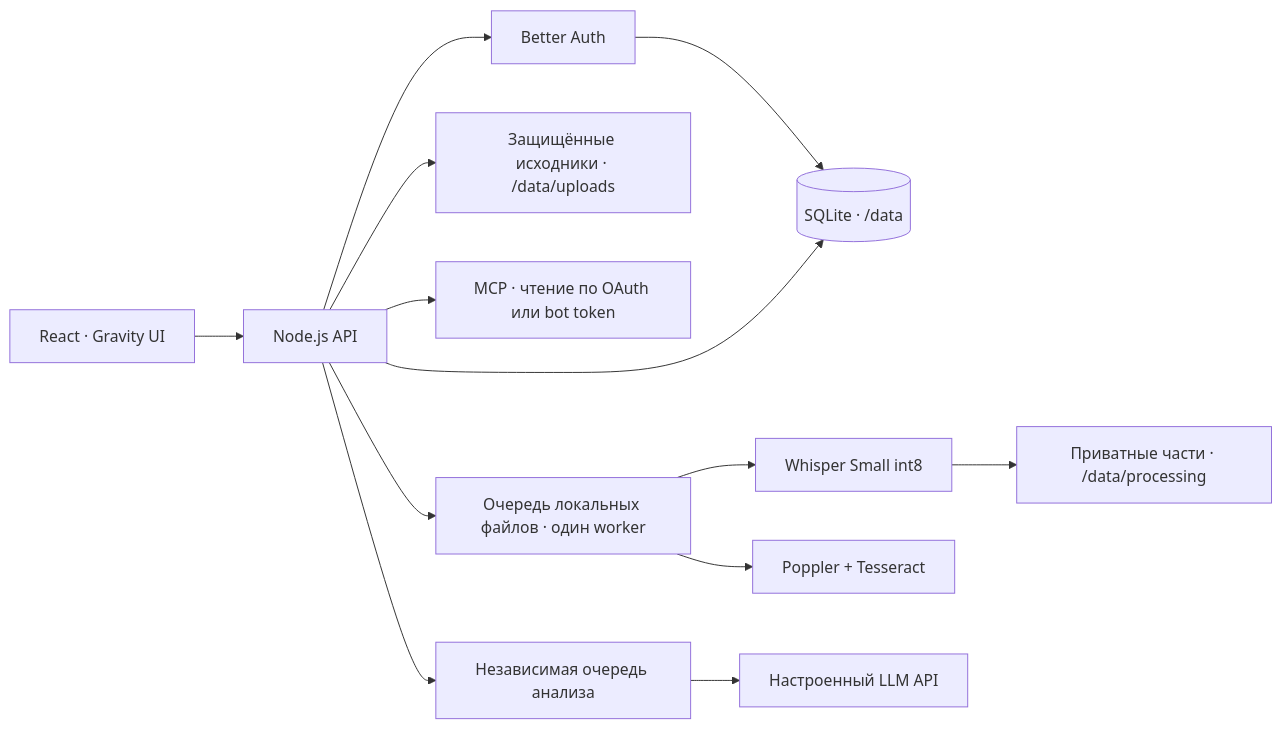
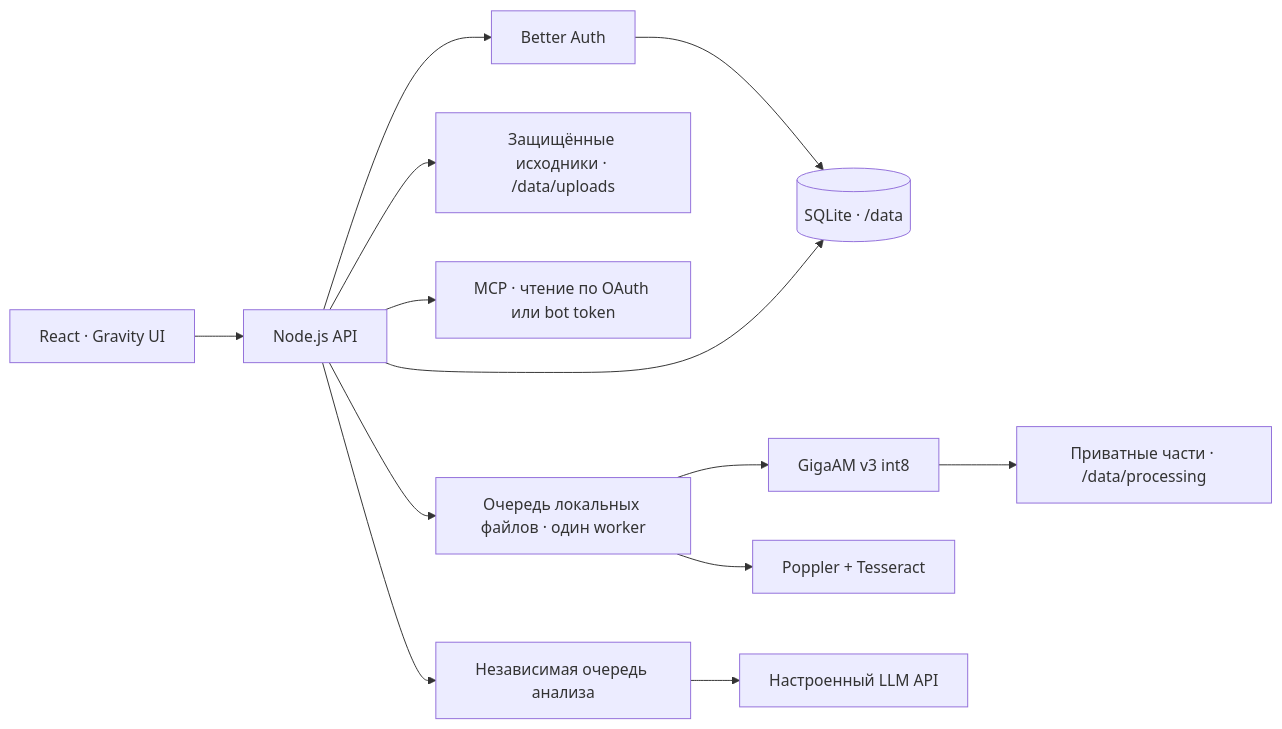
The diagram in docs/ARCHITECTURE.md (Ambidexterius/mnema), drawn with Mermaid before and after one commit. The commit also changed 20 other files, not shown here.

````diff
--- a/docs/ARCHITECTURE.md
+++ b/docs/ARCHITECTURE.md
@@ -3,15 +3,15 @@
 ```mermaid
 flowchart LR
   UI[React · Gravity UI] --> API[Node.js API]
   API --> Auth[Better Auth]
   Auth --> DB[(SQLite · /data)]
   API --> DB
   API --> Files[Защищённые исходники · /data/uploads]
   API --> MCP[MCP · чтение по OAuth или bot token]
   API --> Local[Очередь локальных файлов · один worker]
-  Local --> ASR[Whisper Small int8]
+  Local --> ASR[GigaAM v3 int8]
   Local --> OCR[Poppler + Tesseract]
   ASR --> Checkpoints[Приватные части · /data/processing]
   API --> Analysis[Независимая очередь анализа]
   Analysis --> LLM[Настроенный LLM API]
 ```
````
